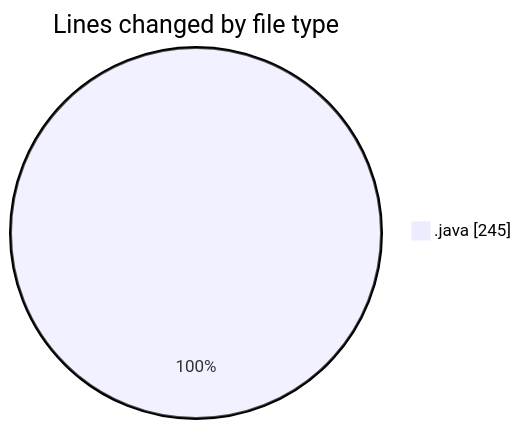
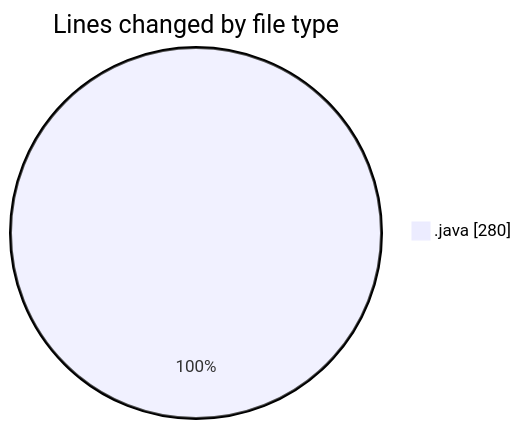
One commit to NitaiMahat/code-tracking changed the first of 2 diagrams in 2025-03-30/startfiles/README.md. Above: the diagram before and after it, drawn with Mermaid. The commit also changed other lines of this file and 1 other file, not shown here.

````diff
--- a/2025-03-30/startfiles/README.md
+++ b/2025-03-30/startfiles/README.md
@@ -20,5 +20,5 @@
 ```mermaid
 pie showData
 title Lines changed by file type
-".java" : 245
+".java" : 280
 ```
````
